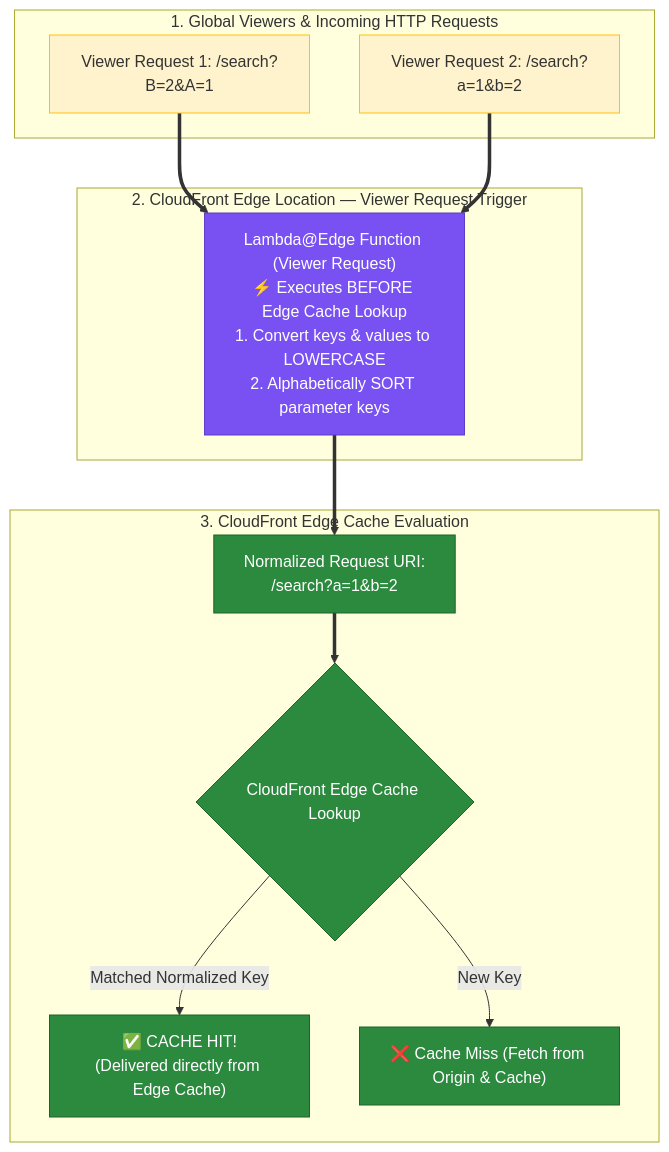
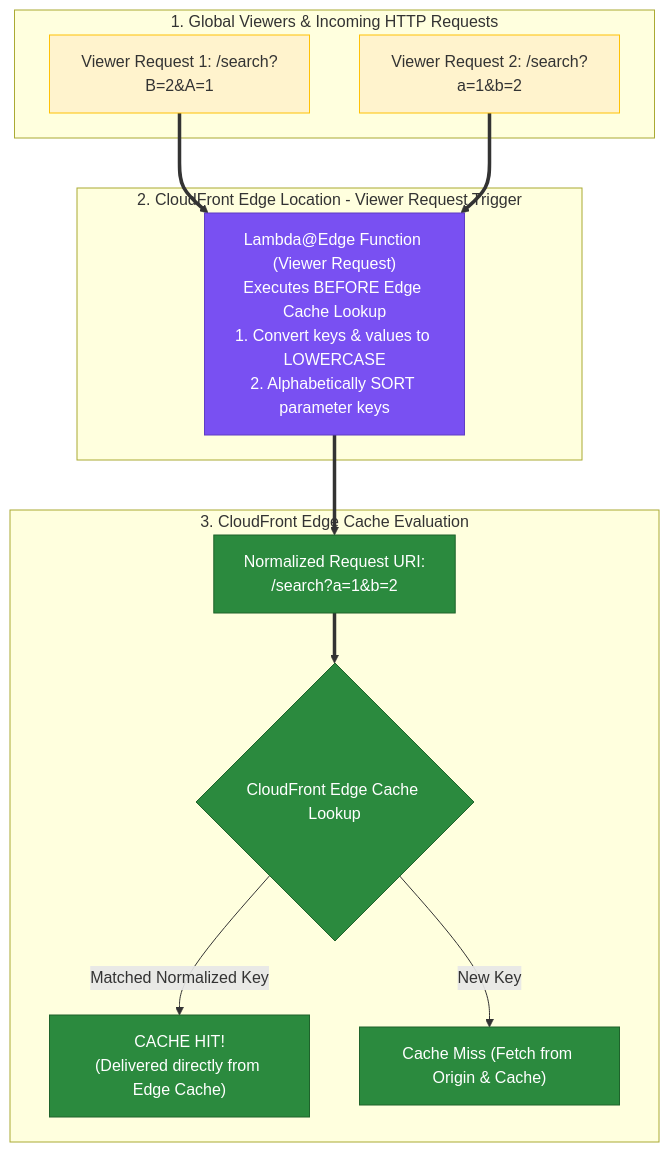
Diagram 14 of 20 in Professional/3.3 Global service offerings (for example, AWS Global Accelerator, Amazon CloudFront, edge computing services).md (ReginRavi/AIP-C01), drawn with Mermaid before and after one commit. The commit also changed other lines of this file and 1 other file, not shown here.

Commit message:
Fix mermaid diagram syntax in Global service offerings and High-performing systems architectures notes

````diff
--- a/Professional/3.3 Global service offerings (for example, AWS Global Accelerator, Amazon CloudFront, edge computing services).md
+++ b/Professional/3.3 Global service offerings (for example, AWS Global Accelerator, Amazon CloudFront, edge computing services).md
@@ -729,32 +752,33 @@
 ```mermaid
 flowchart TD
     subgraph Viewers ["1. Global Viewers & Incoming HTTP Requests"]
         Req1["Viewer Request 1: /search?B=2&A=1"]
         Req2["Viewer Request 2: /search?a=1&b=2"]
     end
 
-    subgraph LambdaEdge ["2. CloudFront Edge Location — Viewer Request Trigger"]
-        L_Edge["Lambda@Edge Function (Viewer Request)<br/>⚡ Executes BEFORE Edge Cache Lookup<br/>1. Convert keys & values to LOWERCASE<br/>2. Alphabetically SORT parameter keys"]
-
-        Req1 & Req2 ==> L_Edge
+    subgraph LambdaEdge ["2. CloudFront Edge Location - Viewer Request Trigger"]
+        L_Edge["Lambda@Edge Function (Viewer Request)<br/>Executes BEFORE Edge Cache Lookup<br/>1. Convert keys & values to LOWERCASE<br/>2. Alphabetically SORT parameter keys"]
     end
 
     subgraph NormalizedCache ["3. CloudFront Edge Cache Evaluation"]
         NormReq["Normalized Request URI:<br/>/search?a=1&b=2"]
         EdgeCache{"CloudFront Edge Cache Lookup"}
-        CacheHit["✅ CACHE HIT!<br/>(Delivered directly from Edge Cache)"]
-        CacheMiss["❌ Cache Miss (Fetch from Origin & Cache)"]
+        CacheHit["CACHE HIT!<br/>(Delivered directly from Edge Cache)"]
+        CacheMiss["Cache Miss (Fetch from Origin & Cache)"]
+    end
 
-        L_Edge ==> NormReq ==> EdgeCache
-        EdgeCache -- "Matched Normalized Key" --> CacheHit
-        EdgeCache -- "New Key" --> CacheMiss
-    end
+    Req1 ==> L_Edge
+    Req2 ==> L_Edge
+    L_Edge ==> NormReq
+    NormReq ==> EdgeCache
+    EdgeCache -- "Matched Normalized Key" --> CacheHit
+    EdgeCache -- "New Key" --> CacheMiss
 
     classDef viewer fill:#fff3cd,stroke:#ffc107,stroke-width:1px;
     classDef lambda fill:#7950f2,stroke:#5f3dc4,color:#ffffff;
     classDef cache fill:#2b8a3e,stroke:#1e632b,color:#ffffff;
 
     class Req1,Req2 viewer;
     class L_Edge lambda;
     class NormReq,EdgeCache,CacheHit,CacheMiss cache;
 ```
````
